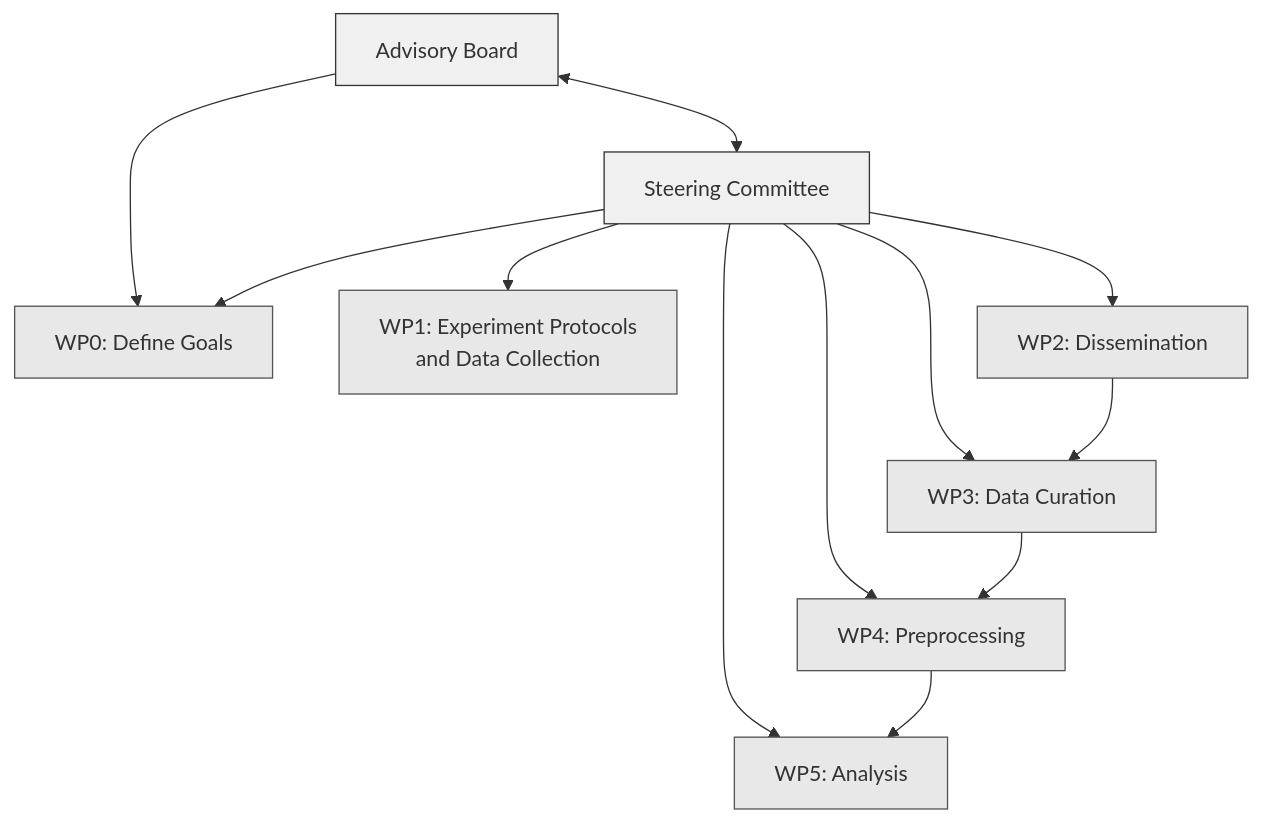
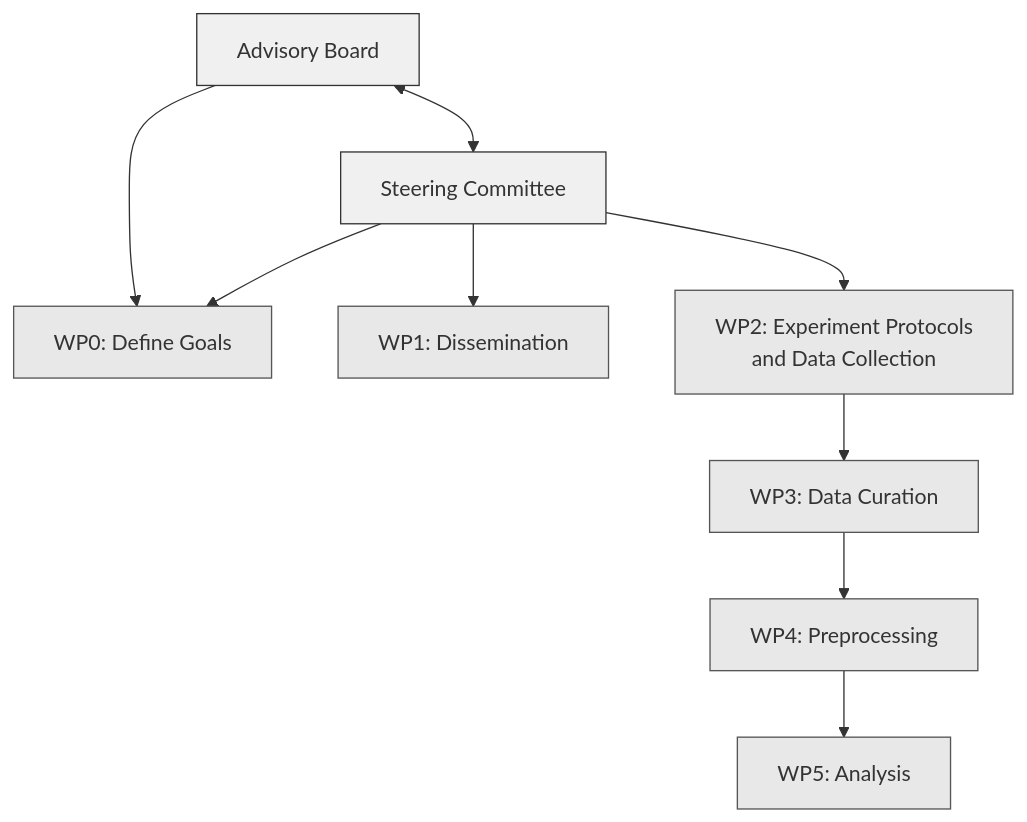
One commit to JuliusWelzel/eegmanysteps changed the diagram in index.qmd. Above: the diagram before and after it, drawn with Mermaid. The commit also changed other lines of this file, not shown here.

Commit message:
fix wps in chart

````diff
--- a/index.qmd
+++ b/index.qmd
@@ -40,37 +40,34 @@
 ```{mermaid}
 graph TD
     style A fill:#F0F0F0,stroke:#333,stroke-width:1px,corner-radius:5px
     style S fill:#F0F0F0,stroke:#333,stroke-width:1px,corner-radius:5px
     style B0 fill:#E8E8E8,stroke:#555,stroke-width:1px,corner-radius:5px
     style B1 fill:#E8E8E8,stroke:#555,stroke-width:1px,corner-radius:5px
     style B2 fill:#E8E8E8,stroke:#555,stroke-width:1px,corner-radius:5px
     style B3 fill:#E8E8E8,stroke:#555,stroke-width:1px,corner-radius:5px
     style B4 fill:#E8E8E8,stroke:#555,stroke-width:1px,corner-radius:5px
     style B5 fill:#E8E8E8,stroke:#555,stroke-width:1px,corner-radius:5px
 
 
     A[ Advisory Board]
     S[Steering Committee]
     B0[WP0: Define Goals]
-    B1[WP1: Experiment Protocols<br>and Data Collection]
-    B2[WP2: Dissemination]
+    B1[WP1: Dissemination]
+    B2[WP2: Experiment Protocols<br>and Data Collection]
     B3[WP3: Data Curation]
     B4[WP4: Preprocessing]
     B5[WP5: Analysis]
 
     A <--> S
     A --> B0
     S --> B0
     S --> B1
     S --> B2
-    S --> B3
-    S --> B4
-    S --> B5
 
     B2 --> B3
     B3 --> B4
     B4 --> B5
 
     
 
 ```
````
